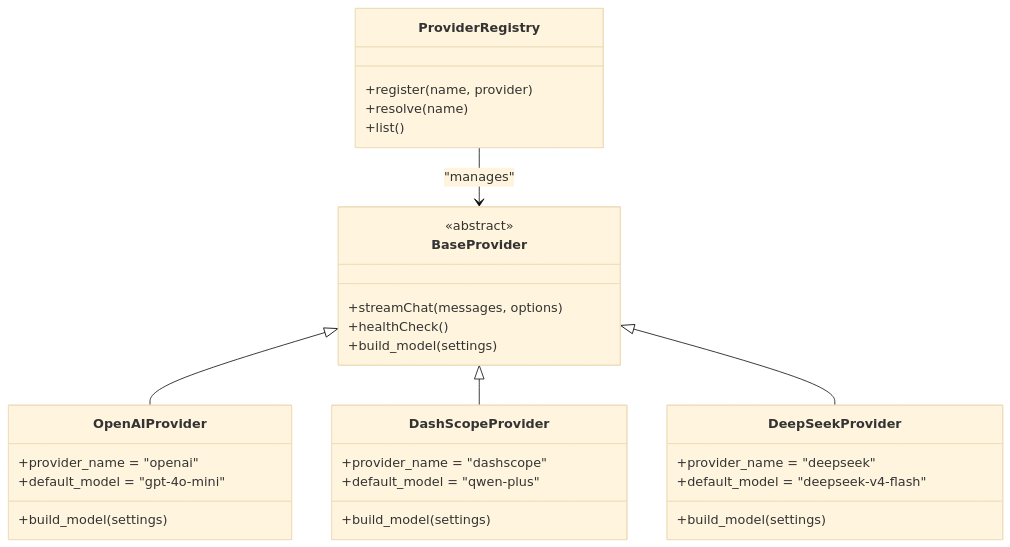
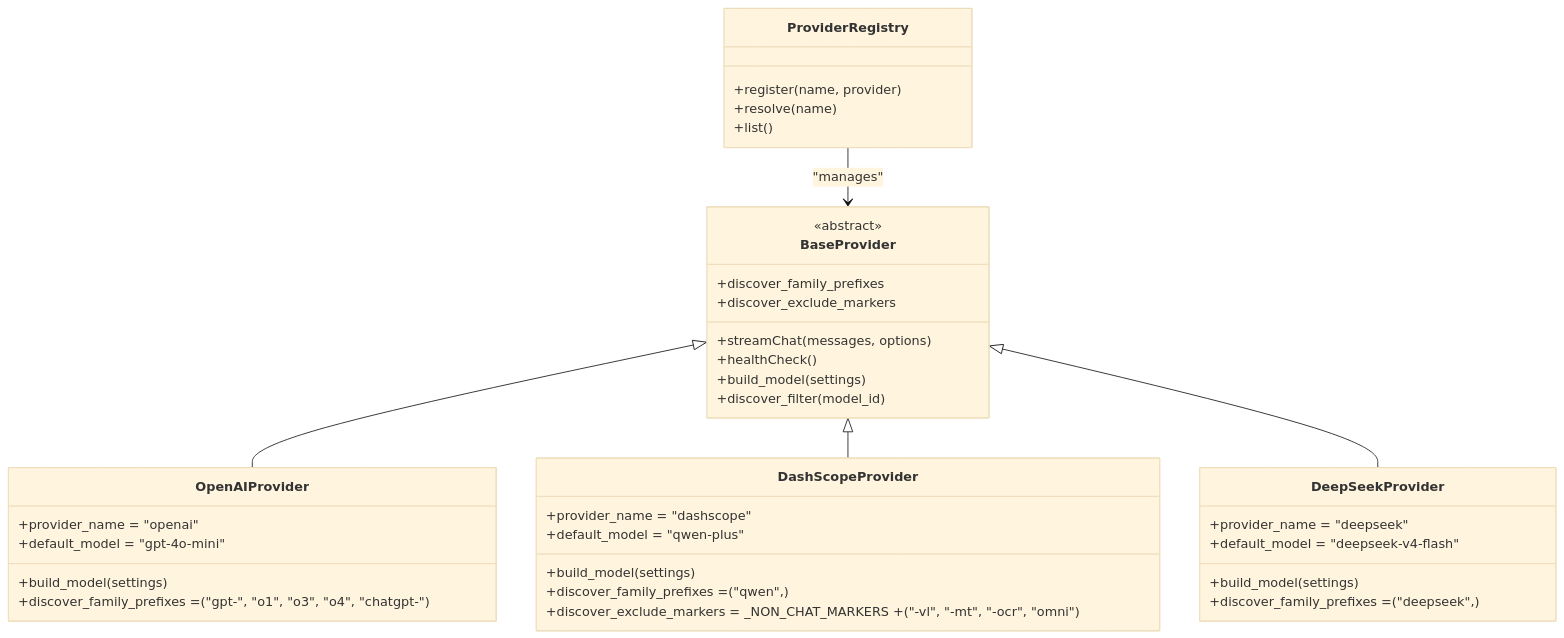
Before and after one commit to metasync/luban-aiops: the fourth of 25 diagrams in .qoder/repowiki/en/content/Agent Platform Service/Agent Platform Service.md, drawn with Mermaid (base theme). The commit also changed other lines of this file and 7 other files, not shown here.

````diff
--- a/.qoder/repowiki/en/content/Agent Platform Service/Agent Platform Service.md
+++ b/.qoder/repowiki/en/content/Agent Platform Service/Agent Platform Service.md
@@ -411,33 +450,40 @@
 ```mermaid
 classDiagram
 class BaseProvider {
 <<abstract>>
 +streamChat(messages, options)
 +healthCheck()
 +build_model(settings)
++discover_filter(model_id)
++discover_family_prefixes
++discover_exclude_markers
 }
 class OpenAIProvider {
 +build_model(settings)
 +provider_name = "openai"
 +default_model = "gpt-4o-mini"
++discover_family_prefixes = ("gpt-", "o1", "o3", "o4", "chatgpt-")
 }
 class DashScopeProvider {
 +build_model(settings)
 +provider_name = "dashscope"
 +default_model = "qwen-plus"
++discover_family_prefixes = ("qwen",)
++discover_exclude_markers = _NON_CHAT_MARKERS + ("-vl", "-mt", "-ocr", "omni")
 }
 class DeepSeekProvider {
 +build_model(settings)
 +provider_name = "deepseek"
 +default_model = "deepseek-v4-flash"
++discover_family_prefixes = ("deepseek",)
 }
 class ProviderRegistry {
 +register(name, provider)
 +resolve(name)
 +list()
 }
 BaseProvider <|-- OpenAIProvider
 BaseProvider <|-- DashScopeProvider
 BaseProvider <|-- DeepSeekProvider
 ProviderRegistry --> BaseProvider : "manages"
 ```
````
